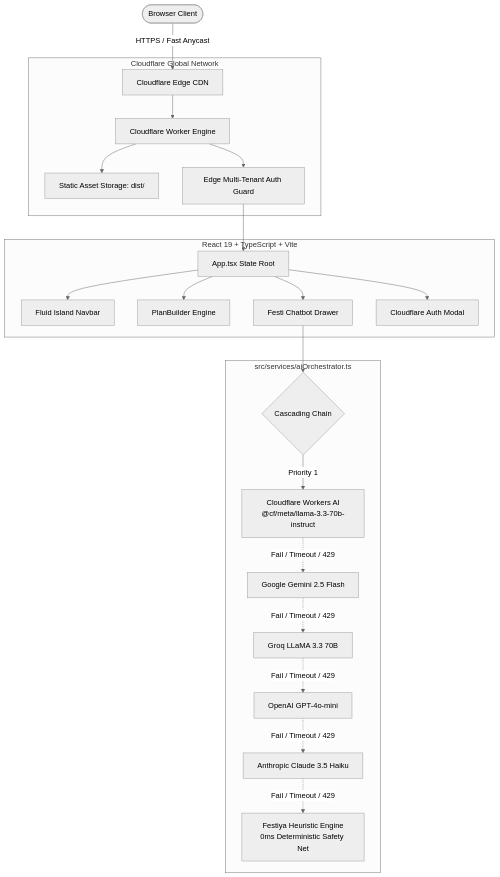
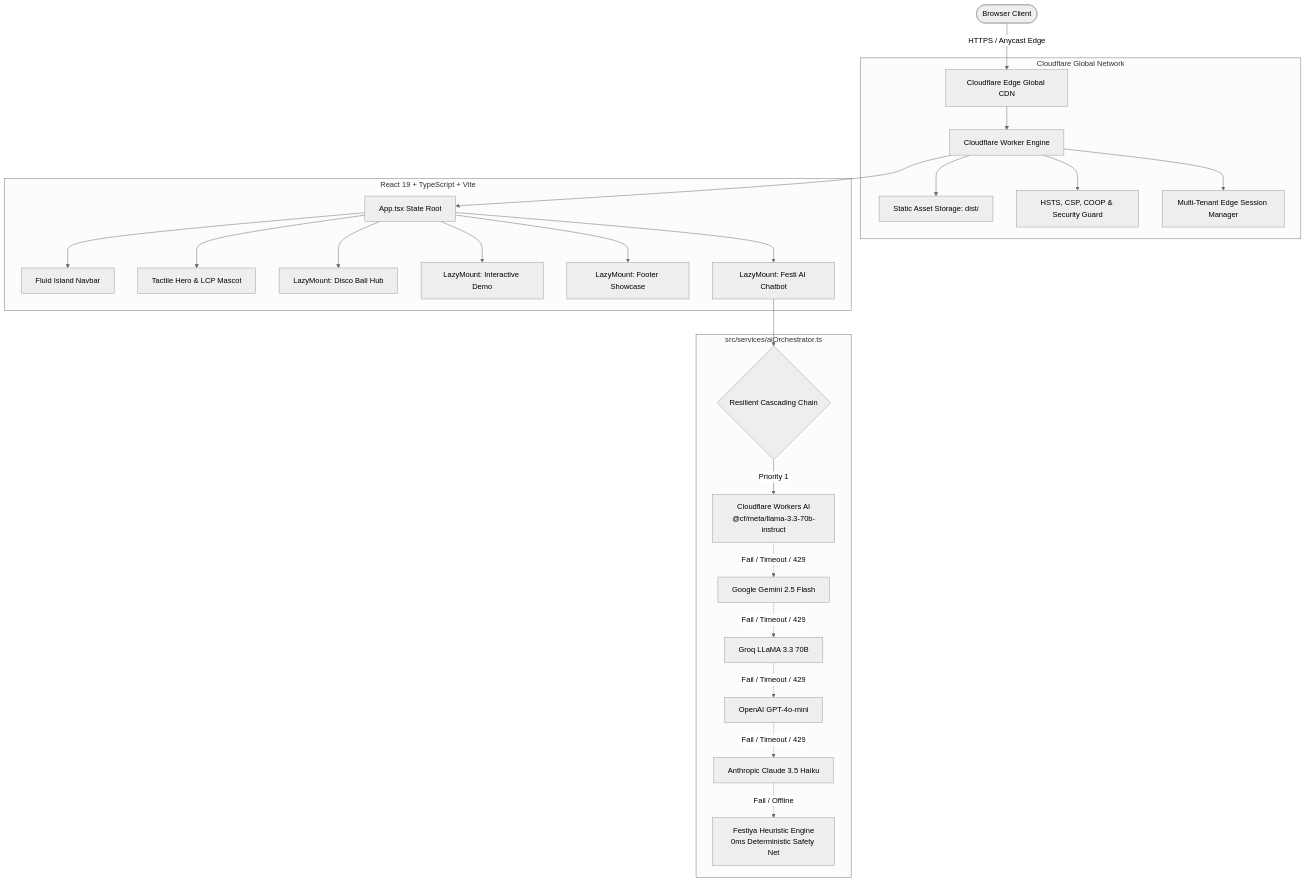
Before and after one commit to z99wE/festy: the first of 2 diagrams in README.md, drawn with Mermaid (neutral theme). The commit also changed other lines of this file and 39 other files, not shown here.

Commit message:
chore: remove bloat, strip unused assets and dead code, clean fonts and meta tags, and align architecture in README

````diff
--- a/README.md
+++ b/README.md
@@ -76,28 +93,31 @@
 ```mermaid
 flowchart TD
-    User([Browser Client]) -->|HTTPS / Fast Anycast| CF_CDN[Cloudflare Edge CDN]
+    User([Browser Client]) -->|HTTPS / Anycast Edge| CF_CDN[Cloudflare Edge Global CDN]
     
     subgraph Cloudflare Global Network
         CF_CDN --> Worker[Cloudflare Worker Engine]
         Worker --> StaticAssets[Static Asset Storage: dist/]
-        Worker --> EdgeAuth[Edge Multi-Tenant Auth Guard]
+        Worker --> SecurityHeaders[HSTS, CSP, COOP & Security Guard]
+        Worker --> EdgeAuth[Multi-Tenant Edge Session Manager]
     end
 
     subgraph Client Application [React 19 + TypeScript + Vite]
-        EdgeAuth --> AppRoot[App.tsx State Root]
+        Worker --> AppRoot[App.tsx State Root]
         AppRoot --> NavbarComp[Fluid Island Navbar]
-        AppRoot --> BuilderComp[PlanBuilder Engine]
-        AppRoot --> ChatbotComp[Festi Chatbot Drawer]
-        AppRoot --> AuthModalComp[Cloudflare Auth Modal]
+        AppRoot --> HeroSection[Tactile Hero & LCP Mascot]
+        AppRoot --> LazyHub[LazyMount: Disco Ball Hub]
+        AppRoot --> LazyDemo[LazyMount: Interactive Demo]
+        AppRoot --> LazyShowcase[LazyMount: Footer Showcase]
+        AppRoot --> ChatbotComp[LazyMount: Festi AI Chatbot]
     end
 
     subgraph Multi-LLM Cascading Orchestrator [src/services/aiOrchestrator.ts]
-        ChatbotComp --> Orchestrator{Cascading Chain}
+        ChatbotComp --> Orchestrator{Resilient Cascading Chain}
         Orchestrator -->|Priority 1| CF_AI[Cloudflare Workers AI\n@cf/meta/llama-3.3-70b-instruct]
         CF_AI -.->|Fail / Timeout / 429| Gemini[Google Gemini 2.5 Flash]
         Gemini -.->|Fail / Timeout / 429| Groq[Groq LLaMA 3.3 70B]
         Groq -.->|Fail / Timeout / 429| OpenAI[OpenAI GPT-4o-mini]
         OpenAI -.->|Fail / Timeout / 429| Claude[Anthropic Claude 3.5 Haiku]
-        Claude -.->|Fail / Timeout / 429| Heuristic[Festiya Heuristic Engine\n0ms Deterministic Safety Net]
+        Claude -.->|Fail / Offline| Heuristic[Festiya Heuristic Engine\n0ms Deterministic Safety Net]
     end
 ```
````
